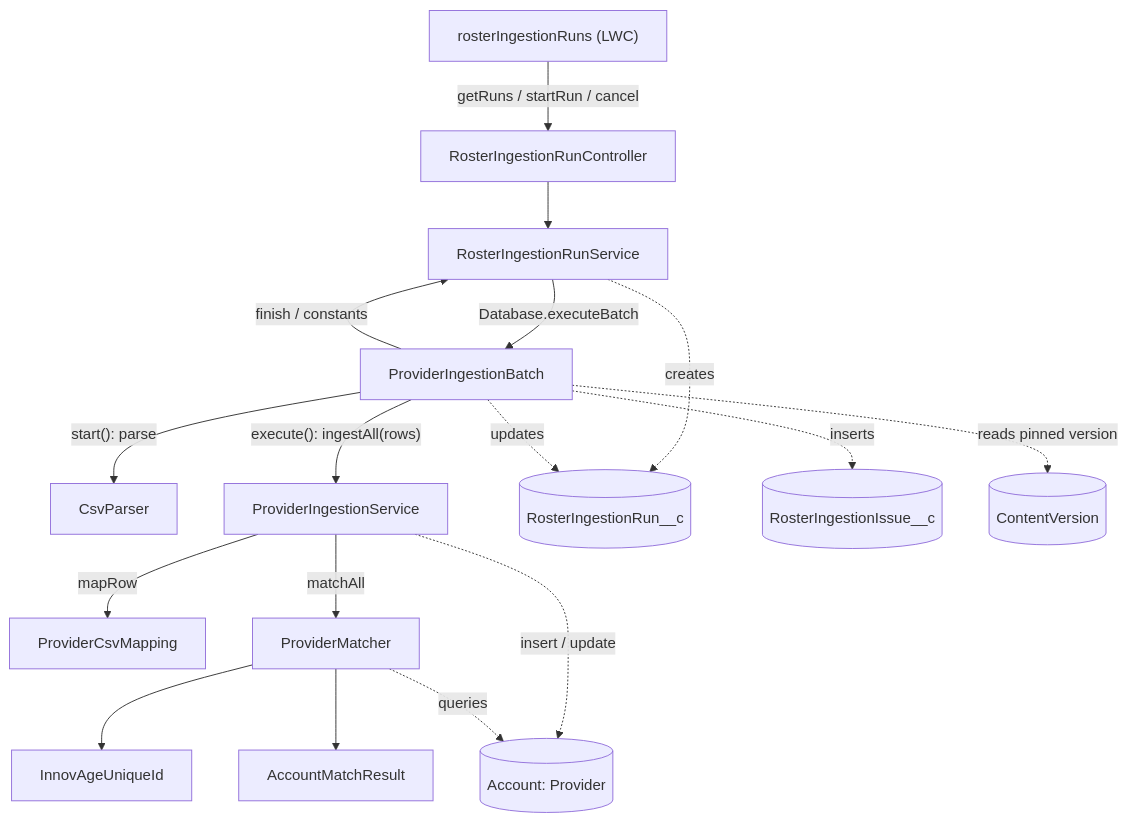
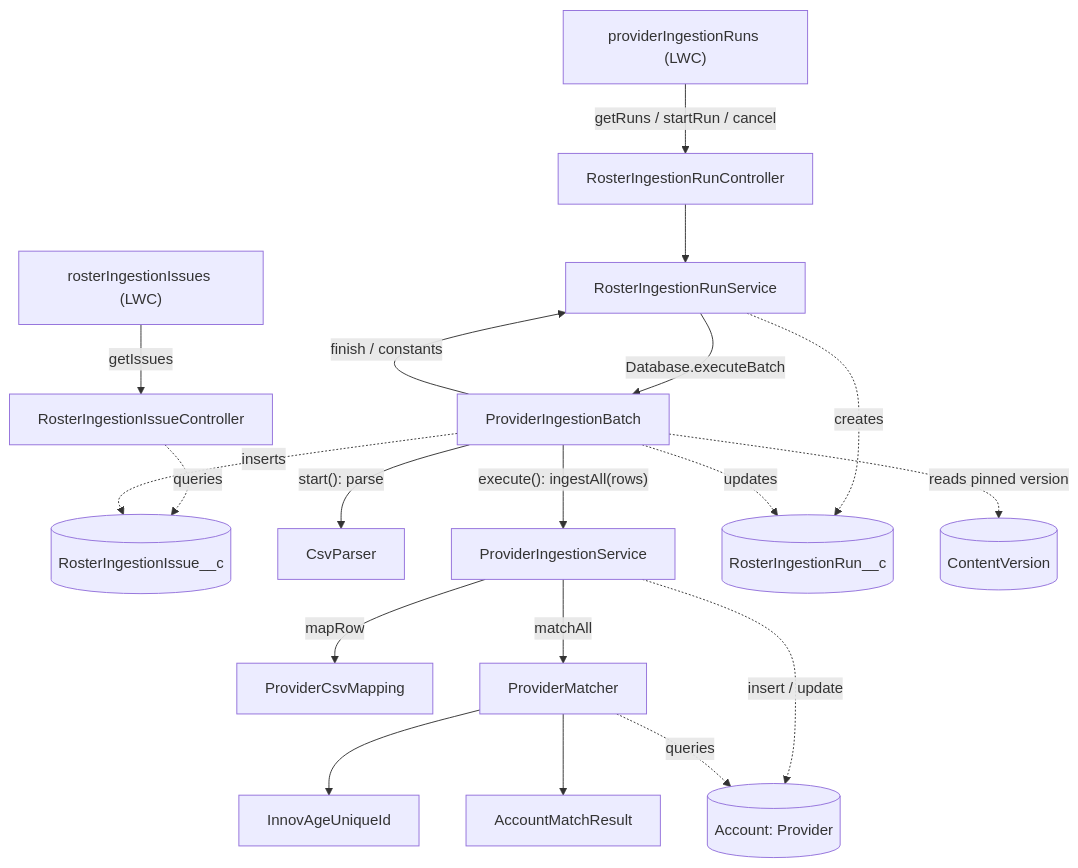
Before and after one commit to iwaisman/innovage: the first of 3 diagrams in docs/architecture/provider-bulk-ingestion.md, drawn with Mermaid. The commit also changed other lines of this file and 15 other files, not shown here.

First line of the commit message:
Added viewer for issues to the Run record page.

````diff
--- a/docs/architecture/provider-bulk-ingestion.md
+++ b/docs/architecture/provider-bulk-ingestion.md
@@ -72,21 +76,23 @@
 ```mermaid
 flowchart TD
-    LWC["rosterIngestionRuns (LWC)"] -->|getRuns / startRun / cancel| CTRL[RosterIngestionRunController]
+    LWC["providerIngestionRuns (LWC)"] -->|getRuns / startRun / cancel| CTRL[RosterIngestionRunController]
+    ISSUELWC["rosterIngestionIssues (LWC)"] -->|getIssues| ICTRL[RosterIngestionIssueController]
+    ICTRL -.->|queries| ISSUE
     CTRL --> RUN[RosterIngestionRunService]
     RUN -->|Database.executeBatch| BATCH[ProviderIngestionBatch]
     BATCH -->|finish / constants| RUN
 
     BATCH -->|"start(): parse"| CSV[CsvParser]
     BATCH -->|"execute(): ingestAll(rows)"| SVC[ProviderIngestionService]
     SVC -->|mapRow| MAP[ProviderCsvMapping]
     SVC -->|matchAll| MATCH[ProviderMatcher]
     MATCH --> UID[InnovAgeUniqueId]
     MATCH --> AMR[AccountMatchResult]
 
     RUN -.->|creates| RUNOBJ[(RosterIngestionRun__c)]
     BATCH -.->|updates| RUNOBJ
     BATCH -.->|inserts| ISSUE[(RosterIngestionIssue__c)]
     BATCH -.->|reads pinned version| CV[(ContentVersion)]
     SVC -.->|insert / update| ACC[(Account: Provider)]
     MATCH -.->|queries| ACC
 ```
````
